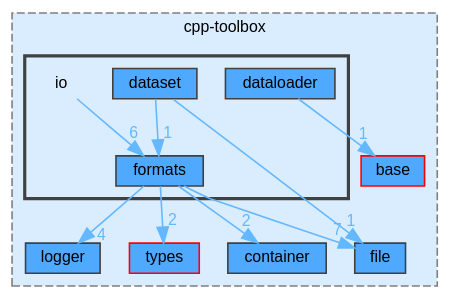
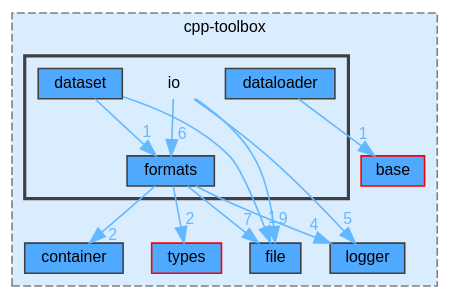
One commit to nerdneilsfield/cpp-toolbox changed the diagram in dir_0525589dda1abc1cfa65fd0da343267e_dep.dot. Above: the diagram before and after it, drawn with Graphviz. The commit also changed 60 other files, not shown here.

```diff
--- a/dir_0525589dda1abc1cfa65fd0da343267e_dep.dot
+++ b/dir_0525589dda1abc1cfa65fd0da343267e_dep.dot
@@ -1,31 +1,33 @@
 digraph "src/include/cpp-toolbox/io"
 {
  // LATEX_PDF_SIZE
   bgcolor="transparent";
   edge [fontname=Helvetica,fontsize=10,labelfontname=Helvetica,labelfontsize=10];
   node [fontname=Helvetica,fontsize=10,shape=box,height=0.2,width=0.4];
   compound=true
   subgraph clusterdir_09c6140c2956544491238e129f11fd9f {
     graph [ bgcolor="#daedff", pencolor="grey50", label="cpp-toolbox", fontname=Helvetica,fontsize=10 style="filled,dashed", URL="dir_09c6140c2956544491238e129f11fd9f.html",tooltip=""]
   dir_175064ea02679cf4c3a50b5407502295 [label="base", fillcolor="#4ea9ff", color="red", style="filled", URL="dir_175064ea02679cf4c3a50b5407502295.html",tooltip=""];
   dir_40d9b6a4c321e73b85093107dc465522 [label="logger", fillcolor="#4ea9ff", color="grey25", style="filled", URL="dir_40d9b6a4c321e73b85093107dc465522.html",tooltip=""];
   dir_5e35b7373085dba8dab58644e4548795 [label="container", fillcolor="#4ea9ff", color="grey25", style="filled", URL="dir_5e35b7373085dba8dab58644e4548795.html",tooltip=""];
   dir_b5aa90370c16f0962bf4137c01c04103 [label="file", fillcolor="#4ea9ff", color="grey25", style="filled", URL="dir_b5aa90370c16f0962bf4137c01c04103.html",tooltip=""];
   dir_d073c017754f5bdb7e8e1de8ad13b99a [label="types", fillcolor="#4ea9ff", color="red", style="filled", URL="dir_d073c017754f5bdb7e8e1de8ad13b99a.html",tooltip=""];
   subgraph clusterdir_0525589dda1abc1cfa65fd0da343267e {
     graph [ bgcolor="#daedff", pencolor="grey25", label="", fontname=Helvetica,fontsize=10 style="filled,bold", URL="dir_0525589dda1abc1cfa65fd0da343267e.html",tooltip=""]
     dir_0525589dda1abc1cfa65fd0da343267e [shape=plaintext, label="io"];
   dir_98ff5159ab1abbc525b6e49eb1889c44 [label="dataloader", fillcolor="#4ea9ff", color="grey25", style="filled", URL="dir_98ff5159ab1abbc525b6e49eb1889c44.html",tooltip=""];
   dir_00f545bfa34b52c2adad340e3d24edc6 [label="dataset", fillcolor="#4ea9ff", color="grey25", style="filled", URL="dir_00f545bfa34b52c2adad340e3d24edc6.html",tooltip=""];
   dir_1d45bcc800627d18cbc66f5a2df2fc7a [label="formats", fillcolor="#4ea9ff", color="grey25", style="filled", URL="dir_1d45bcc800627d18cbc66f5a2df2fc7a.html",tooltip=""];
   }
   }
   dir_0525589dda1abc1cfa65fd0da343267e->dir_1d45bcc800627d18cbc66f5a2df2fc7a [headlabel="6", labeldistance=1.5 headhref="dir_000028_000014.html" href="dir_000028_000014.html" color="steelblue1" fontcolor="steelblue1"];
+  dir_0525589dda1abc1cfa65fd0da343267e->dir_40d9b6a4c321e73b85093107dc465522 [headlabel="5", labeldistance=1.5 headhref="dir_000028_000030.html" href="dir_000028_000030.html" color="steelblue1" fontcolor="steelblue1"];
+  dir_0525589dda1abc1cfa65fd0da343267e->dir_b5aa90370c16f0962bf4137c01c04103 [headlabel="9", labeldistance=1.5 headhref="dir_000028_000012.html" href="dir_000028_000012.html" color="steelblue1" fontcolor="steelblue1"];
   dir_98ff5159ab1abbc525b6e49eb1889c44->dir_175064ea02679cf4c3a50b5407502295 [headlabel="1", labeldistance=1.5 headhref="dir_000005_000000.html" href="dir_000005_000000.html" color="steelblue1" fontcolor="steelblue1"];
   dir_00f545bfa34b52c2adad340e3d24edc6->dir_1d45bcc800627d18cbc66f5a2df2fc7a [headlabel="1", labeldistance=1.5 headhref="dir_000006_000014.html" href="dir_000006_000014.html" color="steelblue1" fontcolor="steelblue1"];
   dir_00f545bfa34b52c2adad340e3d24edc6->dir_b5aa90370c16f0962bf4137c01c04103 [headlabel="1", labeldistance=1.5 headhref="dir_000006_000012.html" href="dir_000006_000012.html" color="steelblue1" fontcolor="steelblue1"];
   dir_1d45bcc800627d18cbc66f5a2df2fc7a->dir_40d9b6a4c321e73b85093107dc465522 [headlabel="4", labeldistance=1.5 headhref="dir_000014_000030.html" href="dir_000014_000030.html" color="steelblue1" fontcolor="steelblue1"];
   dir_1d45bcc800627d18cbc66f5a2df2fc7a->dir_5e35b7373085dba8dab58644e4548795 [headlabel="2", labeldistance=1.5 headhref="dir_000014_000002.html" href="dir_000014_000002.html" color="steelblue1" fontcolor="steelblue1"];
   dir_1d45bcc800627d18cbc66f5a2df2fc7a->dir_b5aa90370c16f0962bf4137c01c04103 [headlabel="7", labeldistance=1.5 headhref="dir_000014_000012.html" href="dir_000014_000012.html" color="steelblue1" fontcolor="steelblue1"];
   dir_1d45bcc800627d18cbc66f5a2df2fc7a->dir_d073c017754f5bdb7e8e1de8ad13b99a [headlabel="2", labeldistance=1.5 headhref="dir_000014_000040.html" href="dir_000014_000040.html" color="steelblue1" fontcolor="steelblue1"];
 }
```
